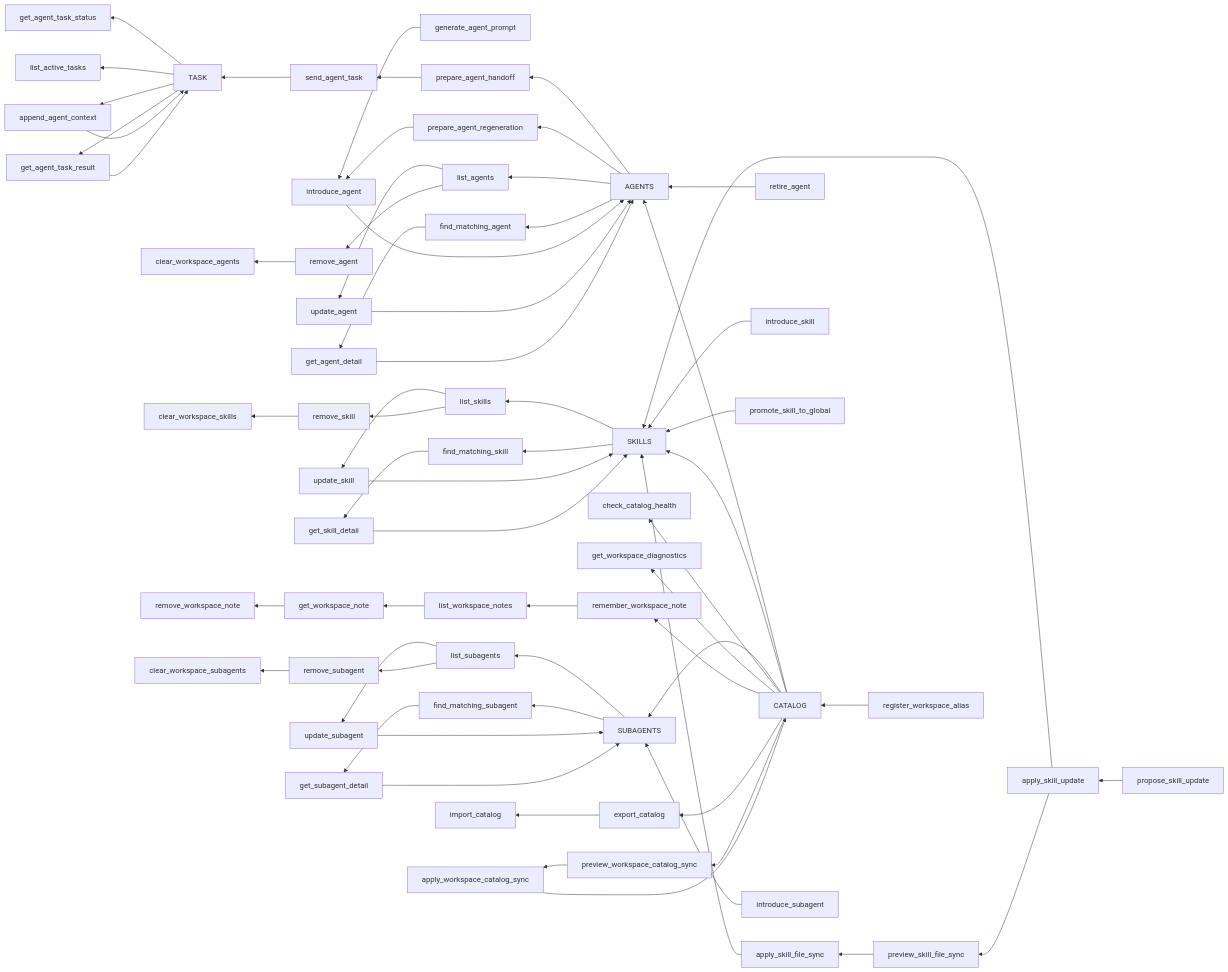
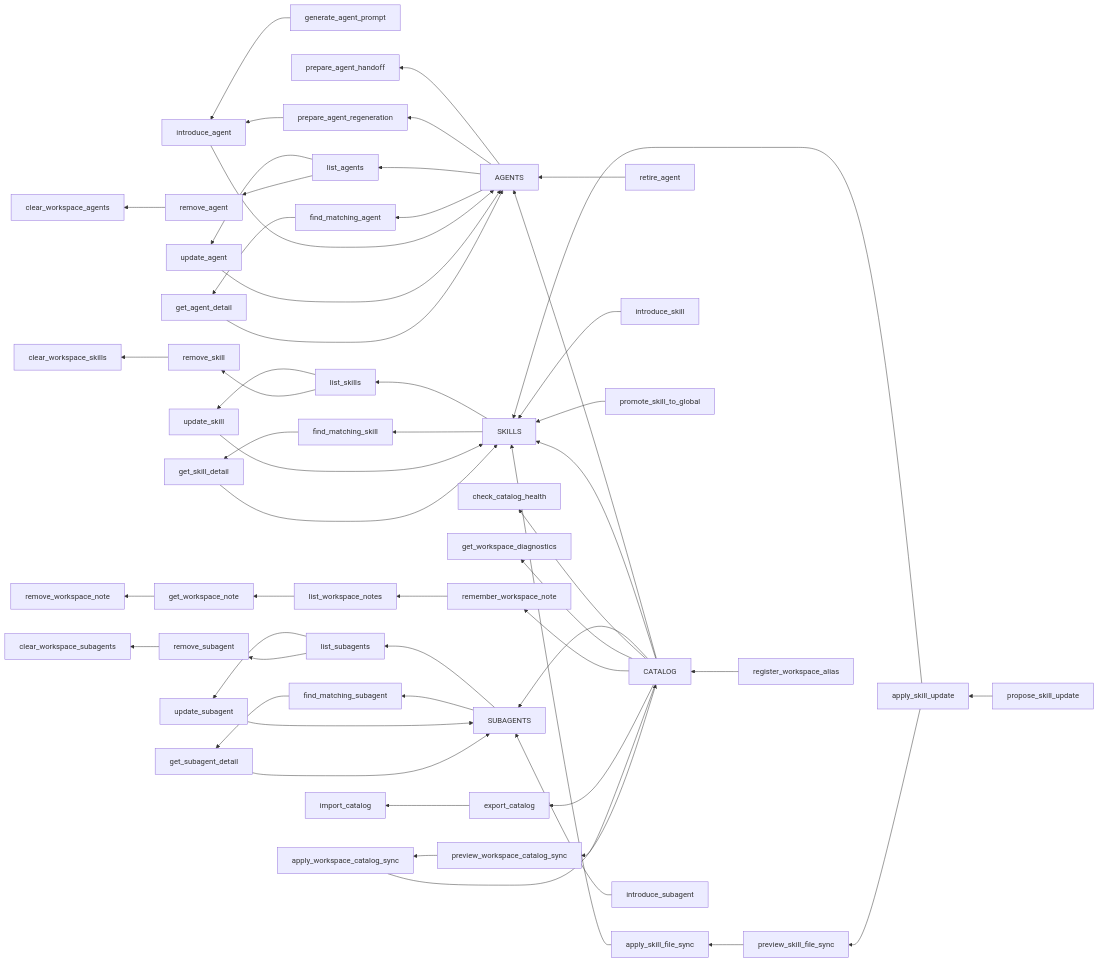
One commit to okanaslan/lor-mcp changed the diagram in README.md. Above: the diagram before and after it, drawn with Mermaid. The commit also changed other lines of this file and 11 other files, not shown here.

````diff
--- a/README.md
+++ b/README.md
@@ -217,76 +199,66 @@
 ```mermaid
 flowchart RL
   catalog["CATALOG"]
   agents["AGENTS"]
   skills["SKILLS"]
   subagents["SUBAGENTS"]
-  task["TASK"]
 
   catalog --> agents
   catalog --> skills
   catalog --> subagents
 
   generatePrompt["generate_agent_prompt"] --> introduceAgent["introduce_agent"]
   introduceAgent --> agents
   agents --> handoff["prepare_agent_handoff"]
   agents --> regeneration["prepare_agent_regeneration"]
-  handoff --> sendAgentTask["send_agent_task"]
   regeneration --> introduceAgent
   retireAgent["retire_agent"] --> agents
 
   introduceSkill["introduce_skill"] --> skills
   promoteSkill["promote_skill_to_global"] --> skills
   proposeSkillUpdate["propose_skill_update"] --> applySkillUpdate["apply_skill_update"]
   applySkillUpdate --> skills
   applySkillUpdate --> previewSkillFileSync["preview_skill_file_sync"]
   previewSkillFileSync --> applySkillFileSync["apply_skill_file_sync"]
   applySkillFileSync --> skills
 
   introduceSubagent["introduce_subagent"] --> subagents
 
   registerAlias["register_workspace_alias"] --> catalog
   catalog --> checkHealth["check_catalog_health"]
   catalog --> workspaceDiagnostics["get_workspace_diagnostics"]
   catalog --> rememberWorkspaceNote["remember_workspace_note"]
   rememberWorkspaceNote --> listWorkspaceNotes["list_workspace_notes"]
   listWorkspaceNotes --> getWorkspaceNote["get_workspace_note"]
   getWorkspaceNote --> removeWorkspaceNote["remove_workspace_note"]
   catalog --> exportCatalog["export_catalog"]
   exportCatalog --> importCatalog["import_catalog"]
   catalog --> previewWorkspaceSync["preview_workspace_catalog_sync"]
   previewWorkspaceSync --> applyWorkspaceSync["apply_workspace_catalog_sync"]
   applyWorkspaceSync --> catalog
   agents --> listAgents["list_agents"]
   skills --> listSkills["list_skills"]
   subagents --> listSubagents["list_subagents"]
 
   listAgents --> updateAgent["update_agent"]
   updateAgent --> agents
   listSkills --> updateSkill["update_skill"]
   updateSkill --> skills
   listSubagents --> updateSubagent["update_subagent"]
   updateSubagent --> subagents
   listAgents --> removeAgent["remove_agent"]
   listSkills --> removeSkill["remove_skill"]
   listSubagents --> removeSubagent["remove_subagent"]
   removeAgent --> clearAgents["clear_workspace_agents"]
   removeSkill --> clearSkills["clear_workspace_skills"]
   removeSubagent --> clearSubagents["clear_workspace_subagents"]
   agents --> findAgent["find_matching_agent"]
   skills --> findSkill["find_matching_skill"]
   subagents --> findSubagent["find_matching_subagent"]
   findAgent --> getAgent["get_agent_detail"]
   findSkill --> getSkill["get_skill_detail"]
   findSubagent --> getSubagent["get_subagent_detail"]
   getAgent --> agents
   getSkill --> skills
   getSubagent --> subagents
-
-  sendAgentTask --> task
-  task --> getAgentTaskStatus["get_agent_task_status"]
-  task --> listActiveTasks["list_active_tasks"]
-  task --> appendAgentContext["append_agent_context"]
-  task --> getAgentTaskResult["get_agent_task_result"]
-  appendAgentContext --> task
-  getAgentTaskResult --> task
 ```
````
